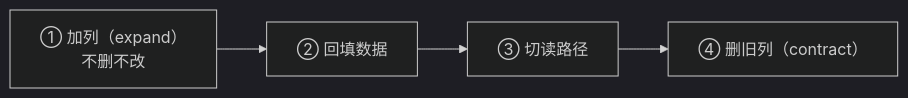
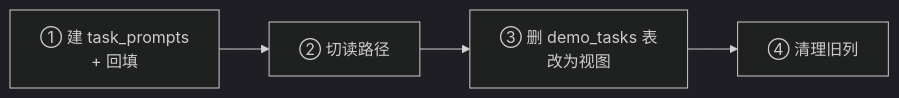
One commit to deepdemos/ds-demos-showcase changed the fourth of 6 diagrams in docs/实体域数据结构设计.md. Above: the diagram before and after it, drawn with Mermaid (dark theme). The commit also changed other lines of this file, not shown here.

First line of the commit message:
docs: 实体域数据结构改为三级层次（Task -> Prompt -> Demo） (#73)

````diff
--- a/docs/实体域数据结构设计.md
+++ b/docs/实体域数据结构设计.md
@@ -795,6 +702,6 @@
 ```mermaid
 flowchart LR
-    S1["① 加列（expand）<br/>不删不改"] --> S2["② 回填数据"]
-    S2 --> S3["③ 切读路径"]
-    S3 --> S4["④ 删旧列（contract）"]
+    S1["① 建 task_prompts<br/>+ 回填"] --> S2["② 切读路径"]
+    S2 --> S3["③ 删 demo_tasks 表<br/>改为视图"]
+    S3 --> S4["④ 清理旧列"]
 ```
````
